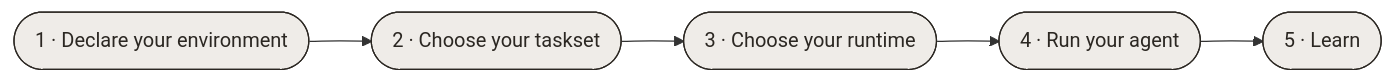
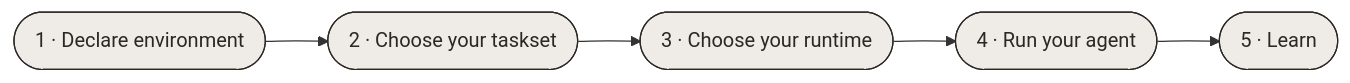
One commit to hud-evals/hud-python changed the diagram in docs/v6/start/overview.mdx. Above: the diagram before and after it, drawn with Mermaid. The commit also changed other lines of this file and 2 other files, not shown here.

````diff
--- a/docs/v6/start/overview.mdx
+++ b/docs/v6/start/overview.mdx
@@ -12,20 +12,20 @@
 ```mermaid
 %%{init: {'flowchart': {'padding': 22}}}%%
 flowchart LR
-    A(["1#160;·#160;Declare#160;your#160;environment"]) --> B(["2#160;·#160;Choose#160;your#160;taskset"]) --> C(["3#160;·#160;Choose#160;your#160;runtime"]) --> D(["4#160;·#160;Run#160;your#160;agent"]) --> E(["5#160;·#160;Learn"])
+    A(["1#160;·#160;Declare#160;environment"]) --> B(["2#160;·#160;Choose#160;your#160;taskset"]) --> C(["3#160;·#160;Choose#160;your#160;runtime"]) --> D(["4#160;·#160;Run#160;your#160;agent"]) --> E(["5#160;·#160;Learn"])
     classDef s1 fill:#efece8,stroke:#2b2722,stroke-width:1px,color:#2b2722;
     classDef s2 fill:#efece8,stroke:#2b2722,stroke-width:1px,color:#2b2722;
     classDef s3 fill:#efece8,stroke:#2b2722,stroke-width:1px,color:#2b2722;
     classDef s4 fill:#efece8,stroke:#2b2722,stroke-width:1px,color:#2b2722;
     classDef s5 fill:#efece8,stroke:#2b2722,stroke-width:1px,color:#2b2722;
     class A s1;
     class B s2;
     class C s3;
     class D s4;
     class E s5;
     click A href "#1-·-declare-your-environment" _self
     click B href "#2-·-choose-your-taskset" _self
     click C href "#3-·-choose-your-runtime" _self
     click D href "#4-·-run-your-agent" _self
     click E href "#5-·-learn" _self
 ```
````
